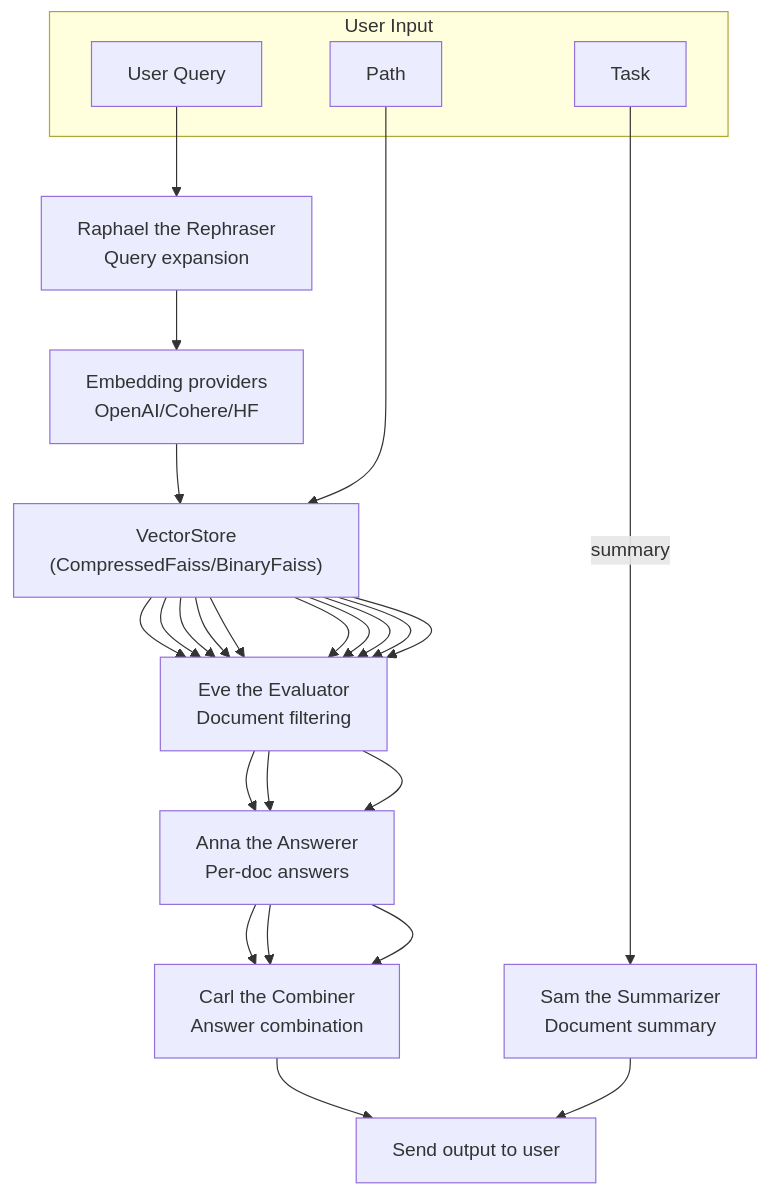
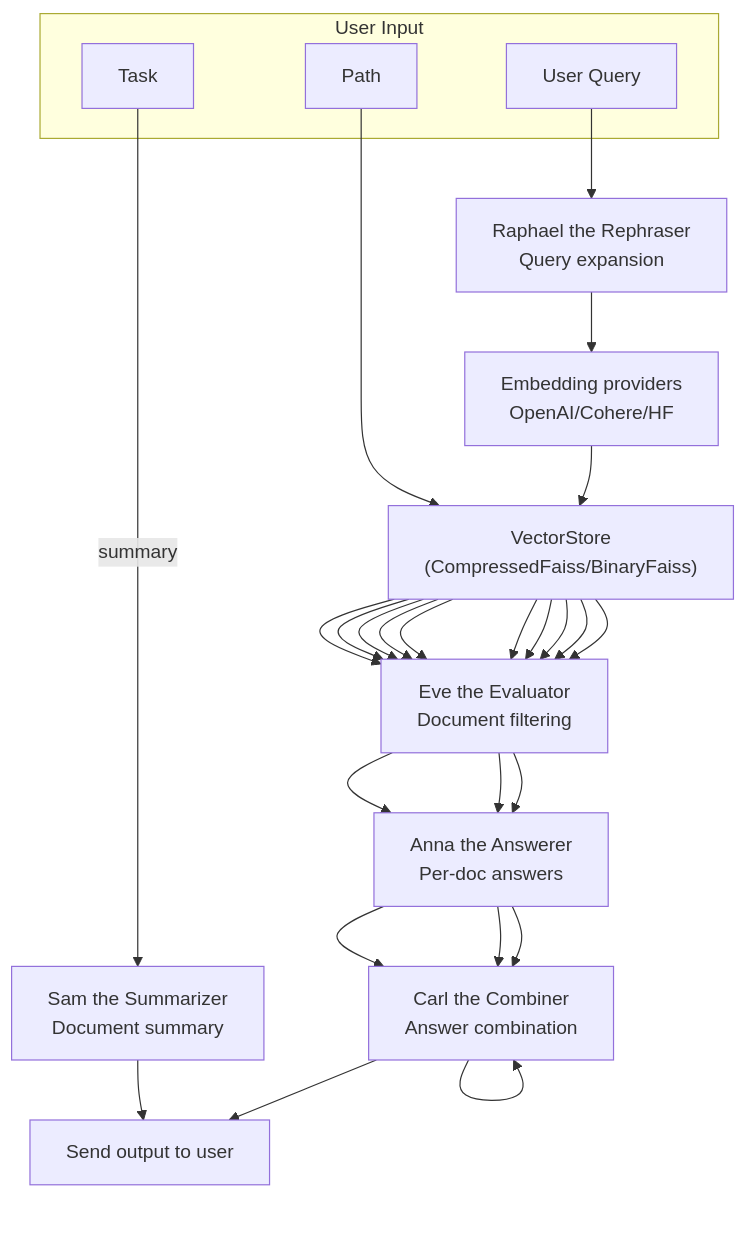
The diagram in images/diagram.mmd (thiswillbeyourgithub/wdoc), drawn with Mermaid before and after one commit.

Commit message:
feat: add self-loop arrow for Carl in diagram

```diff
--- a/images/diagram.mmd
+++ b/images/diagram.mmd
@@ -1,46 +1,48 @@
 flowchart TD
     subgraph UserInput["User Input"]
         Task["Task"]
         UserQuery["User Query"]
         Path["Path"]
     end
 
     Embeddings["Embedding providers<br/>OpenAI/Cohere/HF"]
     VectorStore["VectorStore<br/>(CompressedFaiss/BinaryFaiss)"]
 
     Embeddings --> VectorStore
 
     Raphael["Raphael the Rephraser<br/>Query expansion"]
     Sam["Sam the Summarizer<br/>Document summary"]
     Eve["Eve the Evaluator<br/>Document filtering"]
     Anna["Anna the Answerer<br/>Per-doc answers"]
     Carl["Carl the Combiner<br/>Answer combination"]
 
     Path --> VectorStore
     UserQuery --> Raphael
     Raphael --> Embeddings
     
     VectorStore --> Eve
     VectorStore --> Eve
     VectorStore --> Eve
     VectorStore --> Eve
     VectorStore --> Eve
     VectorStore --> Eve
     VectorStore --> Eve
     VectorStore --> Eve
     VectorStore --> Eve
     VectorStore --> Eve
     
     Eve --> Anna
     Eve --> Anna
     Eve --> Anna
     
     Anna --> Carl
     Anna --> Carl
     Anna --> Carl
 
+    Carl --> Carl
+
     Output["Send output to user"]
     Carl --> Output
     
     Task -->|summary| Sam
     Sam --> Output
```
